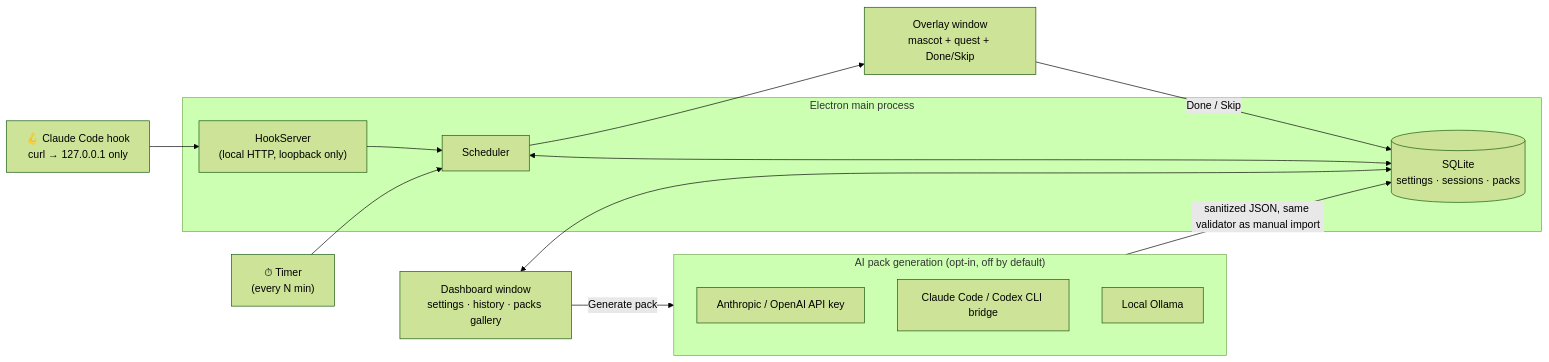
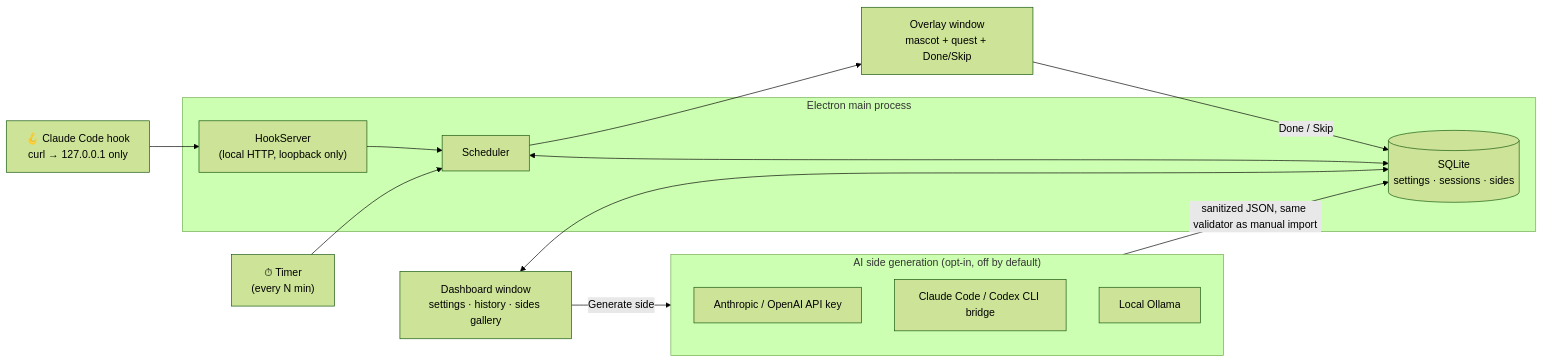
The diagram in README.md (NicolasFradin/sidequest), drawn with Mermaid (forest theme) before and after one commit. The commit also changed other lines of this file and 37 other files, not shown here.

First line of the commit message:
rename: unify pack/plan terminology into "side"

````diff
--- a/README.md
+++ b/README.md
@@ -40,29 +40,29 @@
 ```mermaid
 flowchart LR
     Timer["⏱ Timer\n(every N min)"]
     Hook["🪝 Claude Code hook\ncurl → 127.0.0.1 only"]
 
     subgraph Main["Electron main process"]
         HookServer["HookServer\n(local HTTP, loopback only)"]
         Scheduler["Scheduler"]
-        Storage[("SQLite\nsettings · sessions · packs")]
+        Storage[("SQLite\nsettings · sessions · sides")]
     end
 
     Overlay["Overlay window\nmascot + quest + Done/Skip"]
-    Dashboard["Dashboard window\nsettings · history · packs gallery"]
+    Dashboard["Dashboard window\nsettings · history · sides gallery"]
 
-    subgraph AI["AI pack generation (opt-in, off by default)"]
+    subgraph AI["AI side generation (opt-in, off by default)"]
         API["Anthropic / OpenAI API key"]
         CLI["Claude Code / Codex CLI bridge"]
         Ollama["Local Ollama"]
     end
 
     Timer --> Scheduler
     Hook --> HookServer --> Scheduler
     Scheduler <--> Storage
     Scheduler --> Overlay
     Overlay -- "Done / Skip" --> Storage
     Dashboard <--> Storage
-    Dashboard -- "Generate pack" --> AI
+    Dashboard -- "Generate side" --> AI
     AI -- "sanitized JSON, same validator as manual import" --> Storage
 ```
````
